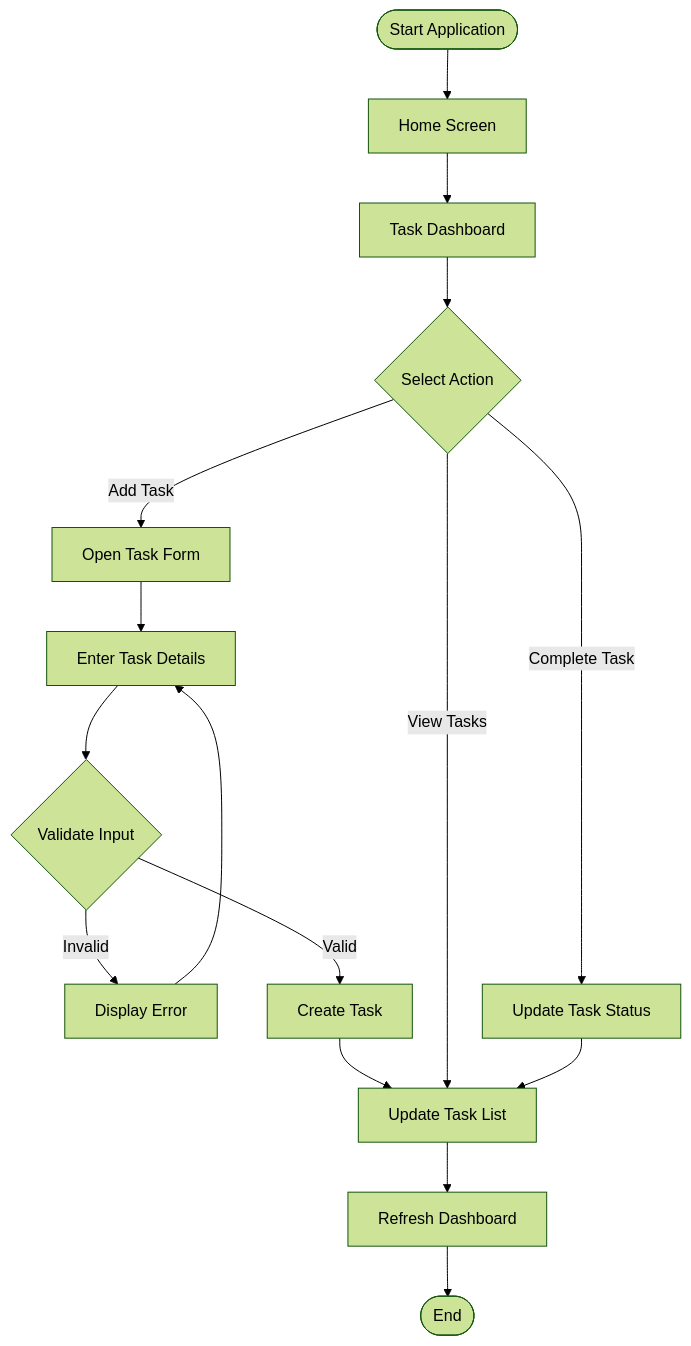
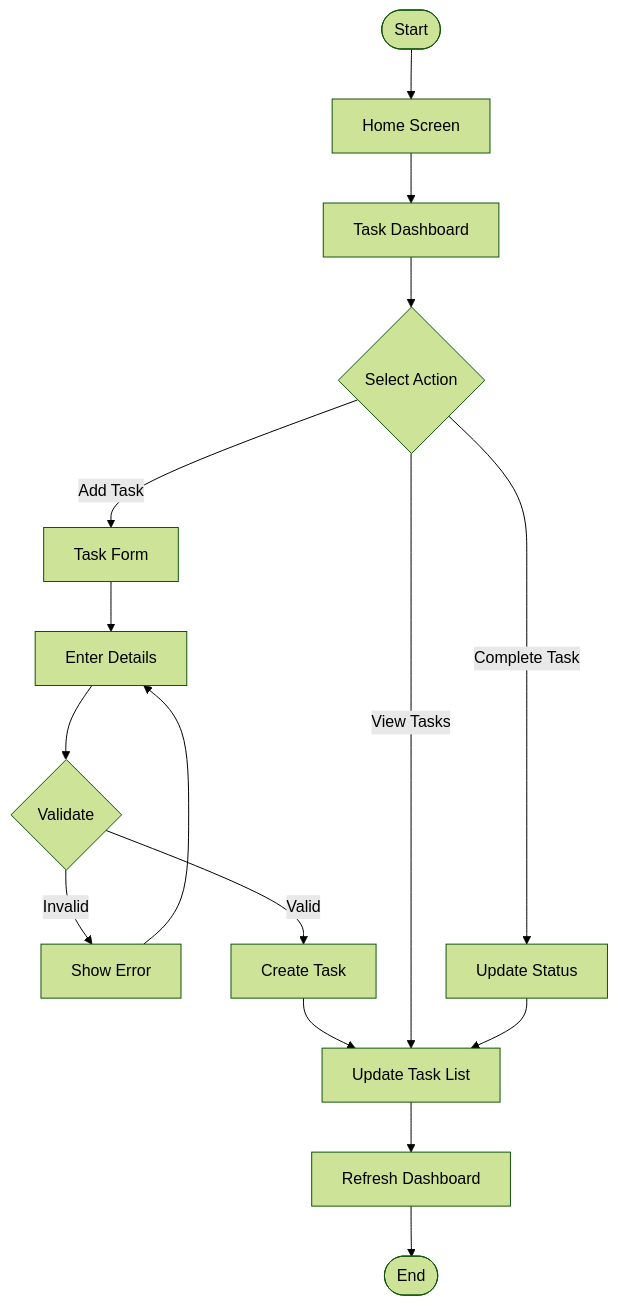
The diagram in README.md (pothireddybhavyasri/student_task_manager), drawn with Mermaid (forest theme) before and after one commit. The commit also changed other lines of this file, not shown here.

````diff
--- a/README.md
+++ b/README.md
@@ -81,18 +89,23 @@
 ```mermaid
 flowchart TD
-A([Start Application]) --> B[Home Screen]
-B --> C[Task Dashboard]
-C --> D{Select Action}
-D -->|Add Task| E[Open Task Form]
-E --> F[Enter Task Details]
-F --> G{Validate Input}
-G -->|Invalid| H[Display Error]
-H --> F
-G -->|Valid| I[Create Task]
-I --> J[Update Task List]
-D -->|View Tasks| J
-D -->|Complete Task| K[Update Task Status]
-K --> J
-J --> L[Refresh Dashboard]
-L --> M([End])
+    A([Start]) --> B[Home Screen]
+    B --> C[Task Dashboard]
+    C --> D{Select Action}
+
+    D -->|Add Task| E[Task Form]
+    E --> F[Enter Details]
+    F --> G{Validate}
+
+    G -->|Invalid| H[Show Error]
+    H --> F
+
+    G -->|Valid| I[Create Task]
+    I --> J[Update Task List]
+
+    D -->|View Tasks| J
+    D -->|Complete Task| K[Update Status]
+    K --> J
+
+    J --> L[Refresh Dashboard]
+    L --> M([End])
 ```
````
